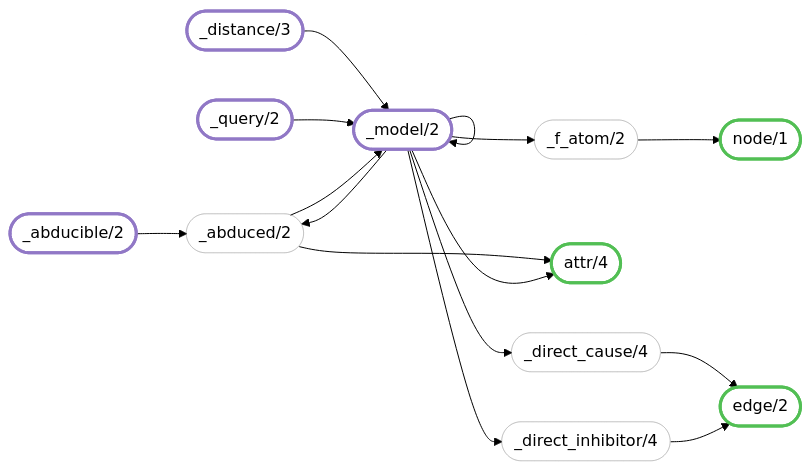
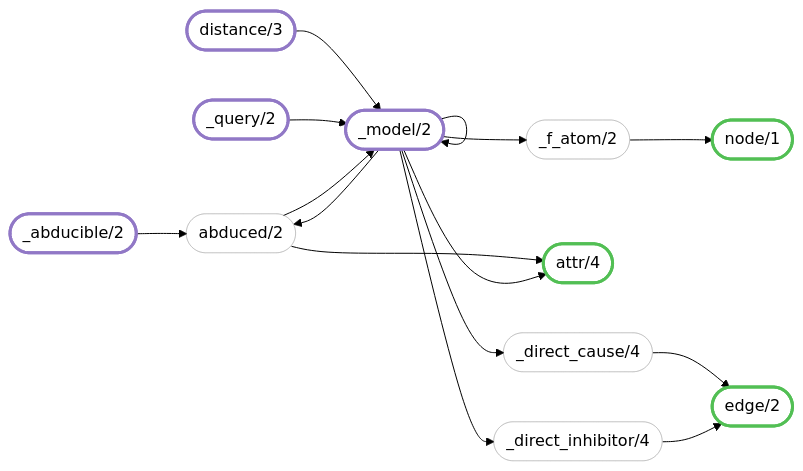
Before and after one commit to potassco/asplain: the diagram in docs/reference/encodings/solving.md, drawn with Mermaid (forest theme). The commit also changed other lines of this file and 48 other files, not shown here.

````diff
--- a/docs/reference/encodings/solving.md
+++ b/docs/reference/encodings/solving.md
@@ -120,36 +120,36 @@
 ``` mermaid
 flowchart LR
     ab(["_abducible/2"])
-    di(["_distance/3"])
+    di(["distance/3"])
     q(["_query/2"])
     m(["_model/2"])
     f(["_f_atom/2"])
-    abduced(["_abduced/2"])
+    abduced(["abduced/2"])
     d(["_direct_cause/4"])
     i(["_direct_inhibitor/4"])
     n(["node/1"])
     e(["edge/2"])
     a(["attr/4"])
     m --> m
     m --> f
     di --> m
     q --> m
     ab --> abduced
     m --> abduced
     abduced --> m
     m --> i
     m --> d
     f --> n
     d --> e
     i --> e
     abduced --> a
     m --> a
     classDef all fill:#00000000
     class ab,di,q,m,f,abduced,d,i,n,e,a, all;
     classDef in stroke:#9178C6,stroke-width:3px;
     class ab,di,q,m in;
     classDef out stroke:#52BF54,stroke-width:3px;
     class n,e,a out;
     classDef aux stroke:#848484,stroke-width:0.2px;
     class f,abduced,d,i, aux;
 ```
````
